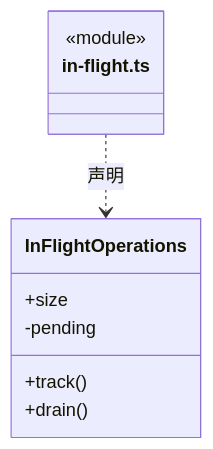
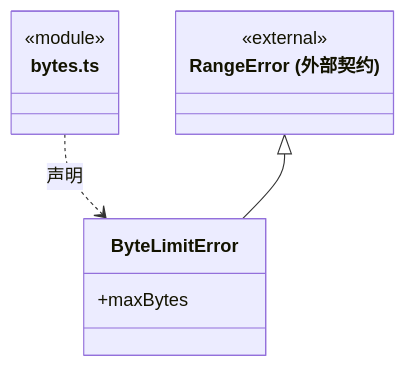
The third of 9 diagrams in src/foundations/utility/ARCHITECTURE.md (nan023062/cbim), drawn with Mermaid before and after one commit. The commit also changed other lines of this file and 28 other files, not shown here.

````diff
--- a/src/foundations/utility/ARCHITECTURE.md
+++ b/src/foundations/utility/ARCHITECTURE.md
@@ -65,13 +55,14 @@
 ```mermaid
 classDiagram
-class N_src_foundations_utility_in_flight_ts["in-flight.ts"] {
+class N_src_foundations_utility_bytes_ts["bytes.ts"] {
   <<module>>
 }
-class N_src_foundations_utility_in_flight_ts_InFlightOperations["InFlightOperations"] {
-  +track()
-  +size
-  +drain()
-  -pending
+class N_src_foundations_utility_bytes_ts_ByteLimitError["ByteLimitError"] {
+  +maxBytes
 }
-N_src_foundations_utility_in_flight_ts ..> N_src_foundations_utility_in_flight_ts_InFlightOperations : 声明
+N_src_foundations_utility_bytes_ts ..> N_src_foundations_utility_bytes_ts_ByteLimitError : 声明
+class N_src_foundations_utility_bytes_ts_external_RangeError["RangeError (外部契约)"] {
+  <<external>>
+}
+N_src_foundations_utility_bytes_ts_external_RangeError <|-- N_src_foundations_utility_bytes_ts_ByteLimitError
 ```
````
